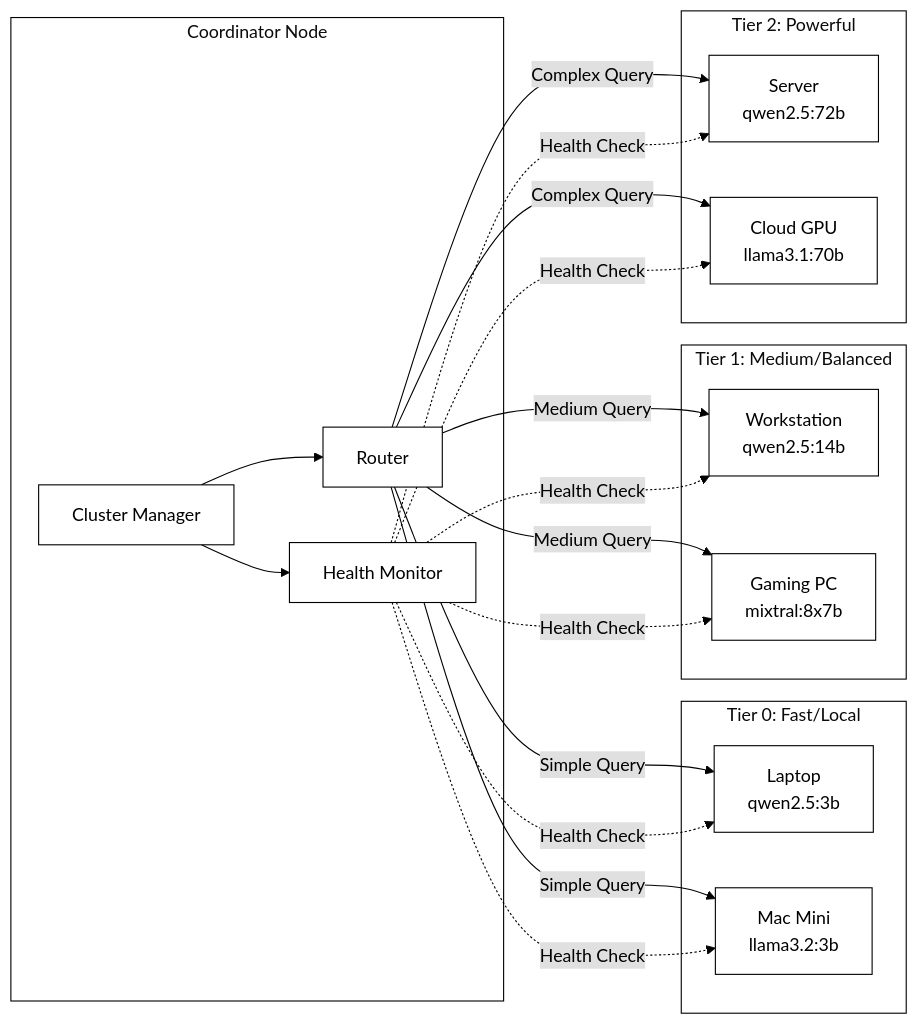
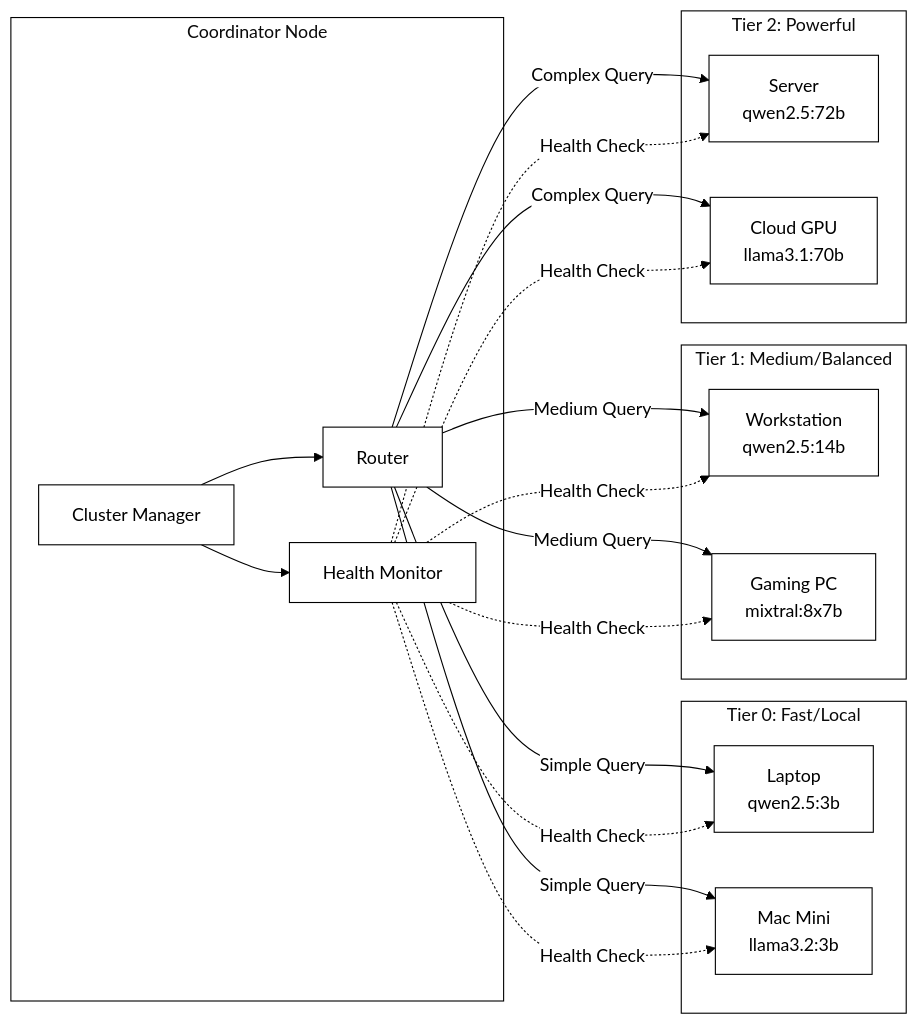
Before and after one commit to smallthinkingmachines/harombe: the first of 2 diagrams in README.md, drawn with Mermaid. The commit also changed other lines of this file, not shown here.

Commit message:
docs: fix Mermaid diagram backgrounds for dark mode visibility
- Add mainBkg and background theme variables set to white
- Ensure entire diagram canvas has white background
- Makes diagrams clearly visible on GitHub's dark mode interface
- Edge labels now also have white background instead of gray

````diff
--- a/README.md
+++ b/README.md
@@ -183,39 +183,39 @@
 ```mermaid
-%%{init: {'theme': 'base', 'themeVariables': {'primaryColor': '#ffffff', 'primaryTextColor': '#000000', 'primaryBorderColor': '#000000', 'lineColor': '#000000', 'secondaryColor': '#e8e8e8', 'tertiaryColor': '#f5f5f5', 'edgeLabelBackground': '#e0e0e0', 'clusterBkg': '#ffffff', 'clusterBorder': '#000000'}}}%%
+%%{init: {'theme': 'base', 'themeVariables': {'primaryColor': '#ffffff', 'primaryTextColor': '#000000', 'primaryBorderColor': '#000000', 'lineColor': '#000000', 'secondaryColor': '#e8e8e8', 'tertiaryColor': '#f5f5f5', 'edgeLabelBackground': '#ffffff', 'clusterBkg': '#ffffff', 'clusterBorder': '#000000', 'mainBkg': '#ffffff', 'background': '#ffffff'}}}%%
 flowchart LR
     subgraph Coordinator["Coordinator Node"]
         CM[Cluster Manager]
         HM[Health Monitor]
         RT[Router]
     end
 
     subgraph Tier0["Tier 0: Fast/Local"]
         T0N1[Laptop<br/>qwen2.5:3b]
         T0N2[Mac Mini<br/>llama3.2:3b]
     end
 
     subgraph Tier1["Tier 1: Medium/Balanced"]
         T1N1[Workstation<br/>qwen2.5:14b]
         T1N2[Gaming PC<br/>mixtral:8x7b]
     end
 
     subgraph Tier2["Tier 2: Powerful"]
         T2N1[Server<br/>qwen2.5:72b]
         T2N2[Cloud GPU<br/>llama3.1:70b]
     end
 
     CM --> HM
     CM --> RT
     RT -->|Simple Query| T0N1
     RT -->|Simple Query| T0N2
     RT -->|Medium Query| T1N1
     RT -->|Medium Query| T1N2
     RT -->|Complex Query| T2N1
     RT -->|Complex Query| T2N2
     HM -.->|Health Check| T0N1
     HM -.->|Health Check| T0N2
     HM -.->|Health Check| T1N1
     HM -.->|Health Check| T1N2
     HM -.->|Health Check| T2N1
     HM -.->|Health Check| T2N2
 ```
````
